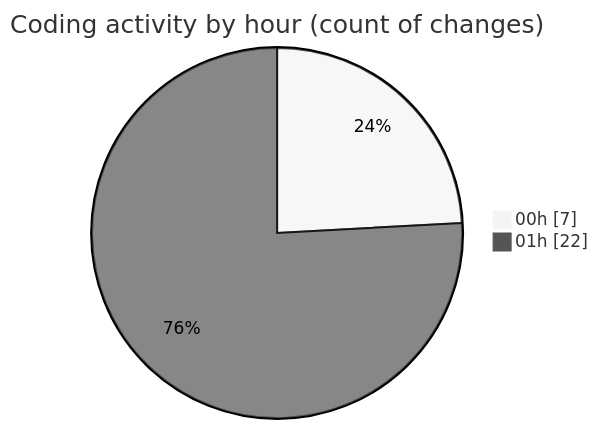
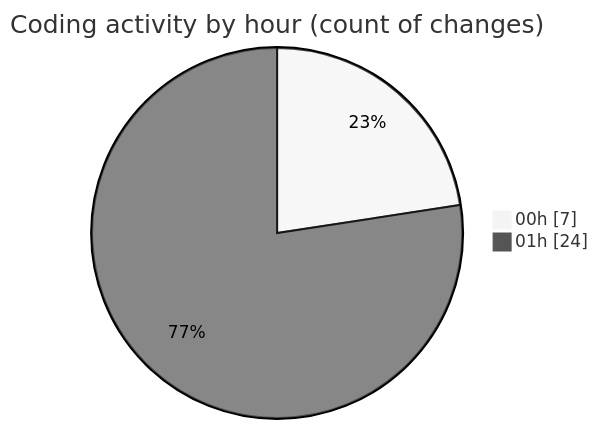
One commit to julien-gomy/code-tracking changed the second of 2 diagrams in 2025-10-07/eventscop-frontend-guide__workspace_/README.md. Above: the diagram before and after it, drawn with Mermaid (neutral theme). The commit also changed other lines of this file and 1 other file, not shown here.

````diff
--- a/2025-10-07/eventscop-frontend-guide__workspace_/README.md
+++ b/2025-10-07/eventscop-frontend-guide__workspace_/README.md
@@ -46,6 +47,6 @@
 ```mermaid
 pie showData
 title Coding activity by hour (count of changes)
 "00h" : 7
-"01h" : 22
+"01h" : 24
 ```
````
